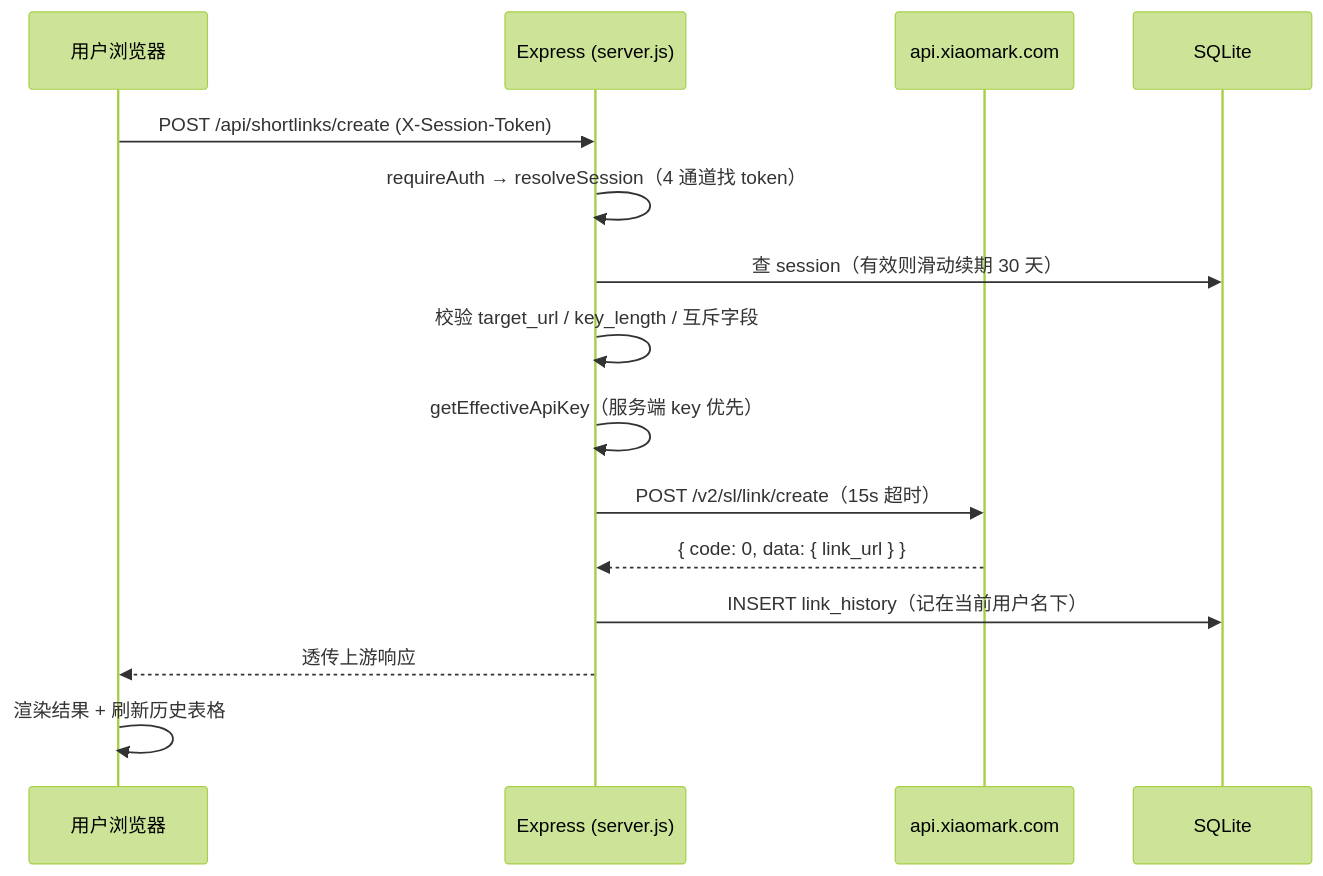
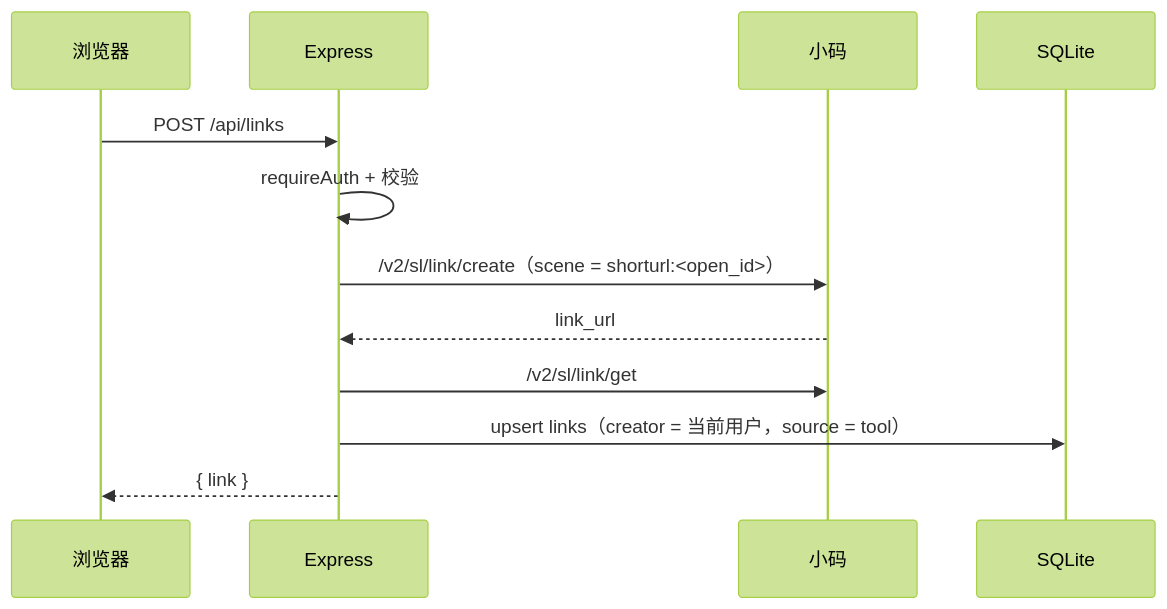
Before and after one commit to garyzheng0714-lang/web-short-url: the first of 2 diagrams in docs/ARCHI.md, drawn with Mermaid (forest theme). The commit also changed other lines of this file and 135 other files, not shown here.

````diff
--- a/docs/ARCHI.md
+++ b/docs/ARCHI.md
@@ -427,18 +270,14 @@
 ```mermaid
 sequenceDiagram
-    participant U as 用户浏览器
-    participant S as Express (server.js)
-    participant X as api.xiaomark.com
+    participant U as 浏览器
+    participant S as Express
+    participant X as 小码
     participant D as SQLite
-
-    U->>S: POST /api/shortlinks/create (X-Session-Token)
-    S->>S: requireAuth → resolveSession（4 通道找 token）
-    S->>D: 查 session（有效则滑动续期 30 天）
-    S->>S: 校验 target_url / key_length / 互斥字段
-    S->>S: getEffectiveApiKey（服务端 key 优先）
-    S->>X: POST /v2/sl/link/create（15s 超时）
-    X-->>S: { code: 0, data: { link_url } }
-    S->>D: INSERT link_history（记在当前用户名下）
-    S-->>U: 透传上游响应
-    U->>U: 渲染结果 + 刷新历史表格
+    U->>S: POST /api/links
+    S->>S: requireAuth + 校验
+    S->>X: /v2/sl/link/create（scene = shorturl:<open_id>）
+    X-->>S: link_url
+    S->>X: /v2/sl/link/get
+    S->>D: upsert links（creator = 当前用户，source = tool）
+    S-->>U: { link }
 ```
````
